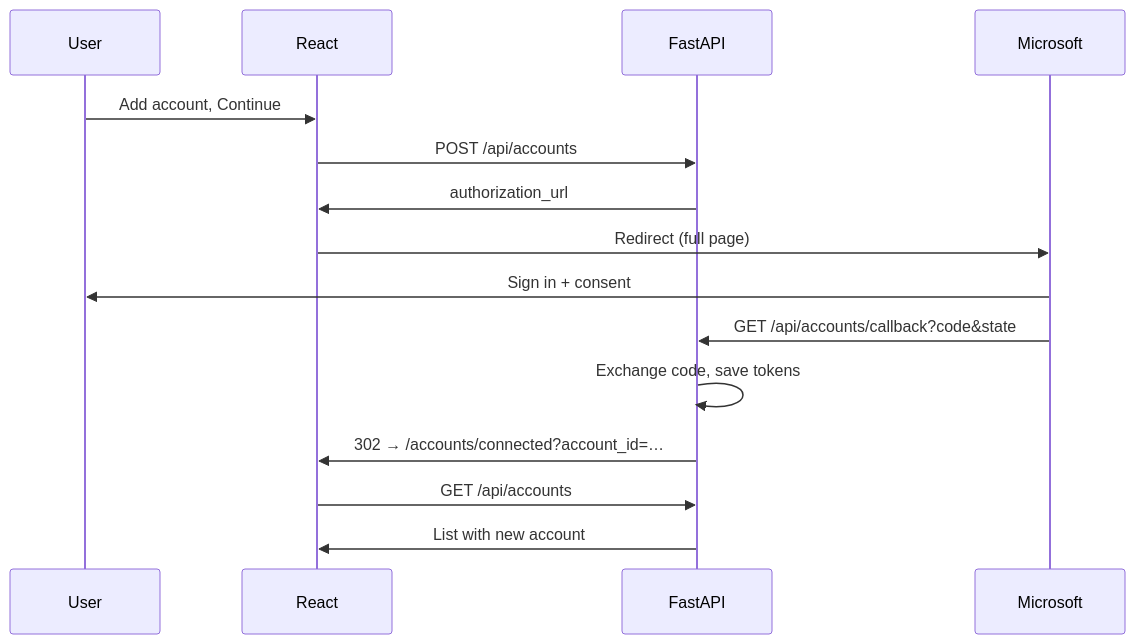
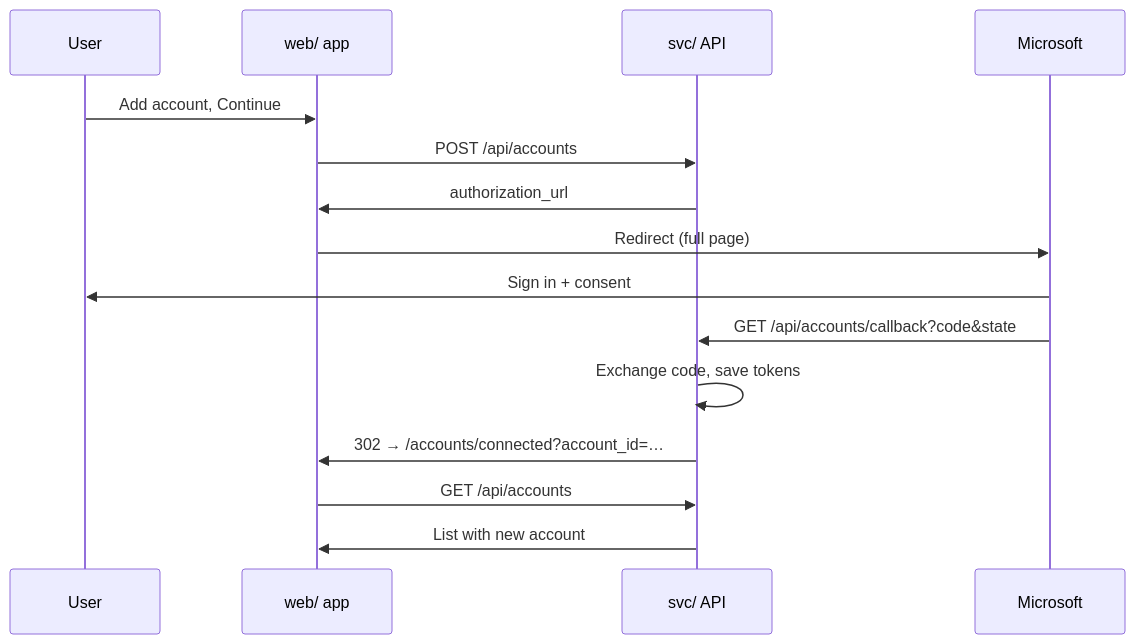
Before and after one commit to Kapital-B/automata: the second of 3 diagrams in docs/specs/initial.md, drawn with Mermaid. The commit also changed other lines of this file and 3 other files, not shown here.

Commit message:
docs: monorepo svc/web, Go backend, Phase 1 API-only; add placeholders

````diff
--- a/docs/specs/initial.md
+++ b/docs/specs/initial.md
@@ -505,17 +520,17 @@
 ```mermaid
 sequenceDiagram
   participant U as User
-  participant R as React
-  participant A as FastAPI
+  participant R as web/ app
+  participant A as svc/ API
   participant M as Microsoft
   U->>R: Add account, Continue
   R->>A: POST /api/accounts
   A->>R: authorization_url
   R->>M: Redirect (full page)
   M->>U: Sign in + consent
   M->>A: GET /api/accounts/callback?code&state
   A->>A: Exchange code, save tokens
   A->>R: 302 → /accounts/connected?account_id=…
   R->>A: GET /api/accounts
   A->>R: List with new account
 ```
````
